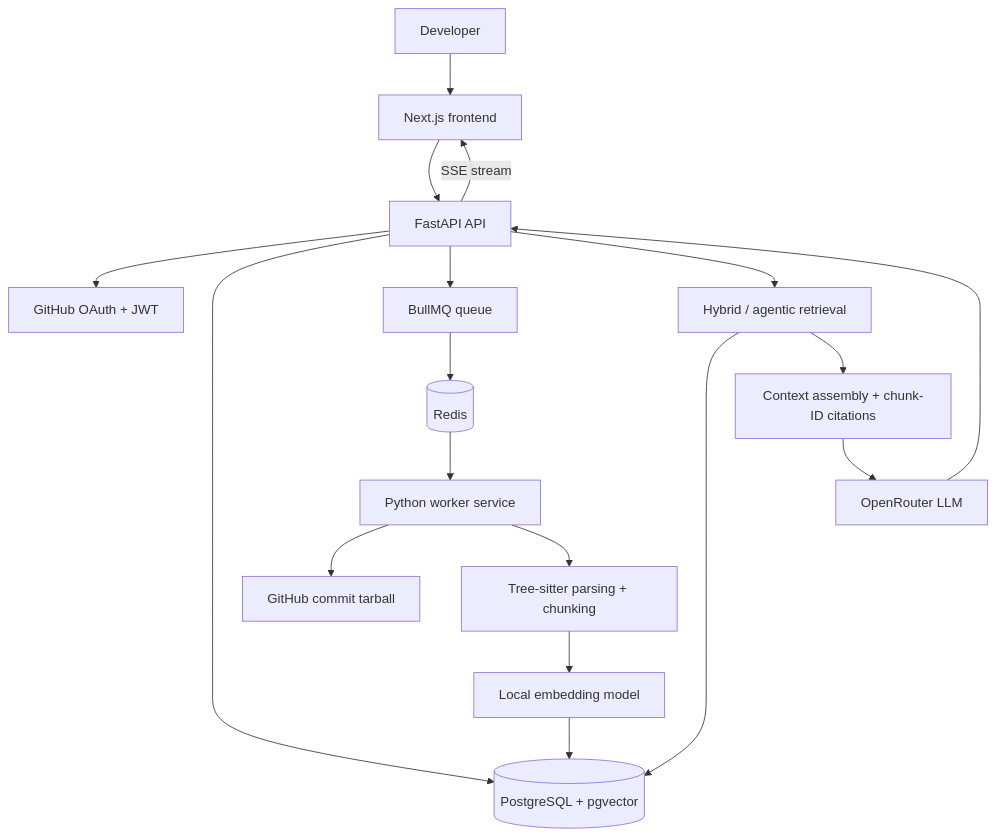
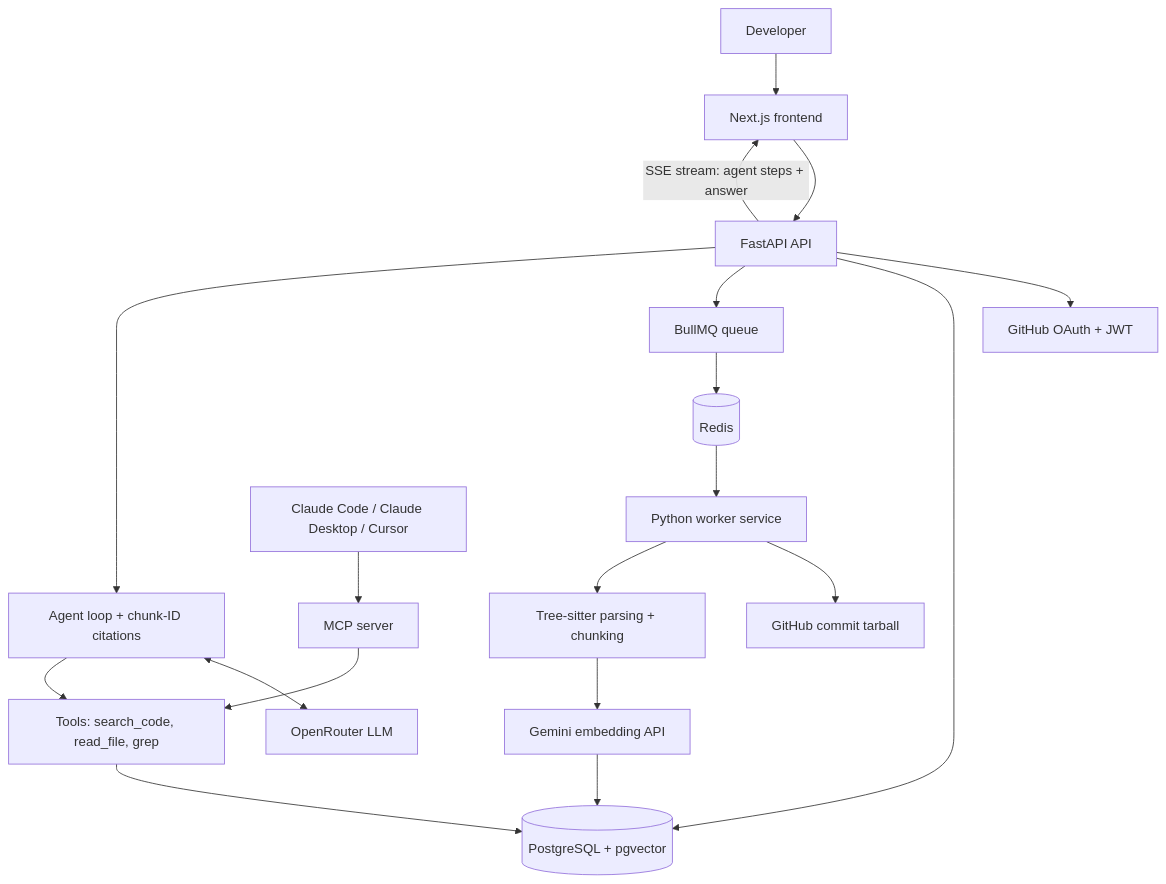
One commit to swami1302/code-atlas changed the diagram in codebase-intelligence-interactive-plan.md. Above: the diagram before and after it, drawn with Mermaid. The commit also changed other lines of this file and 9 other files, not shown here.

Commit message:
embedding done gemini embedding model of dim 1536

````diff
--- a/codebase-intelligence-interactive-plan.md
+++ b/codebase-intelligence-interactive-plan.md
@@ -98,20 +105,21 @@
 ``` mermaid
 flowchart TD
     U[Developer] --> FE[Next.js frontend]
     FE --> API[FastAPI API]
     API --> AUTH[GitHub OAuth + JWT]
     API --> DB[(PostgreSQL + pgvector)]
     API --> Q[BullMQ queue]
     Q --> R[(Redis)]
     R --> W[Python worker service]
     W --> GH[GitHub commit tarball]
     W --> PARSE[Tree-sitter parsing + chunking]
-    PARSE --> EMB[Local embedding model]
+    PARSE --> EMB[Gemini embedding API]
     EMB --> DB
-    API --> RET[Hybrid / agentic retrieval]
-    RET --> DB
-    RET --> CTX[Context assembly + chunk-ID citations]
-    CTX --> LLM[OpenRouter LLM]
-    LLM --> API
-    API -->|SSE stream| FE
+    API --> AGENT[Agent loop + chunk-ID citations]
+    AGENT <--> LLM[OpenRouter LLM]
+    AGENT --> TOOLS[Tools: search_code, read_file, grep]
+    TOOLS --> DB
+    EXT[Claude Code / Claude Desktop / Cursor] --> MCP[MCP server]
+    MCP --> TOOLS
+    API -->|SSE stream: agent steps + answer| FE
 ```
````
